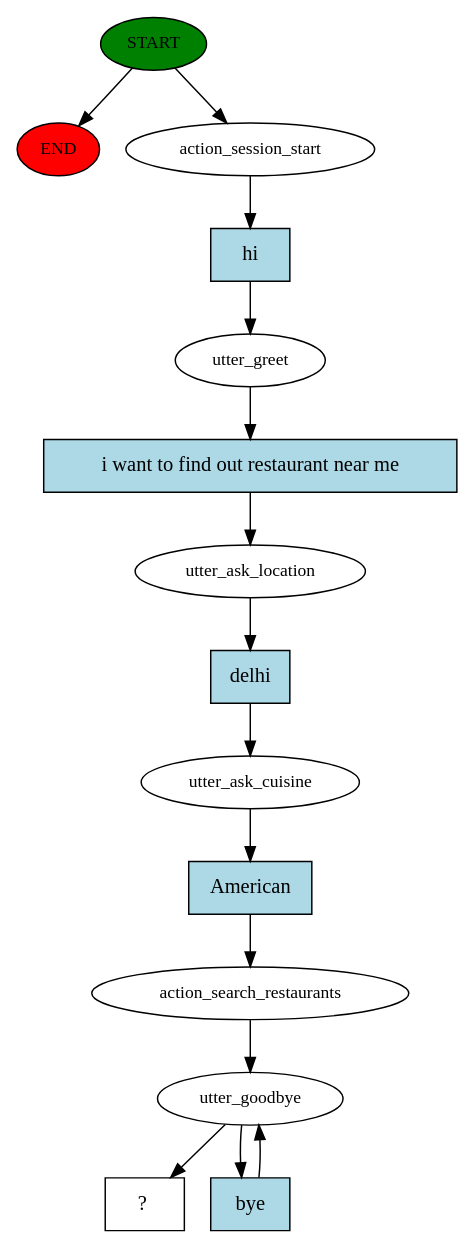
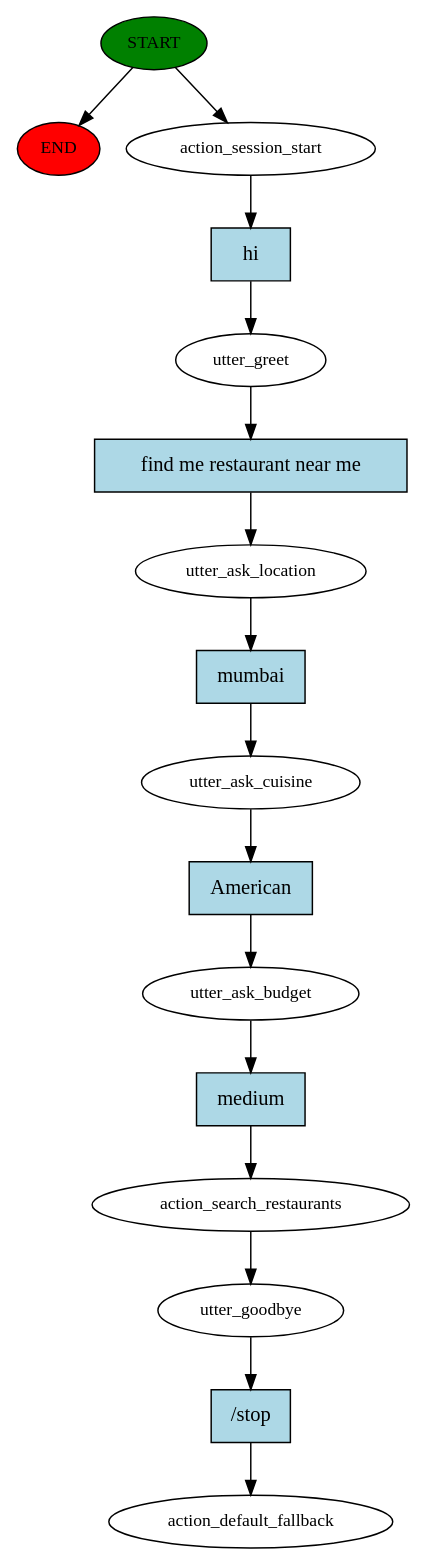
Before and after one commit to vijender412/Foodie_rasa_2.0: the diagram in story_graph.dot, drawn with Graphviz. The commit also changed 11 other files, not shown here.

```diff
--- a/story_graph.dot
+++ b/story_graph.dot
@@ -1,30 +1,33 @@
 digraph  {
 0 [class="start active", fillcolor=green, fontsize=12, label=START, style=filled];
 "-1" [class=end, fillcolor=red, fontsize=12, label=END, style=filled];
 1 [class=active, fontsize=12, label=action_session_start];
 2 [class=active, fontsize=12, label=utter_greet];
 3 [class=active, fontsize=12, label=utter_ask_location];
 4 [class=active, fontsize=12, label=utter_ask_cuisine];
-5 [class=active, fontsize=12, label=action_search_restaurants];
-6 [class=active, fontsize=12, label=utter_goodbye];
-8 [class="intent dashed active", label="  ?  ", shape=rect];
+5 [class=active, fontsize=12, label=utter_ask_budget];
+6 [class=active, fontsize=12, label=action_search_restaurants];
+7 [class=active, fontsize=12, label=utter_goodbye];
+8 [class="dashed active", fontsize=12, label=action_default_fallback];
 9 [class="intent active", fillcolor=lightblue, label=hi, shape=rect, style=filled];
-10 [class="intent active", fillcolor=lightblue, label="i want to find out restaurant near me", shape=rect, style=filled];
-11 [class="intent active", fillcolor=lightblue, label=delhi, shape=rect, style=filled];
+10 [class="intent active", fillcolor=lightblue, label="find me restaurant near me", shape=rect, style=filled];
+11 [class="intent active", fillcolor=lightblue, label=mumbai, shape=rect, style=filled];
 12 [class="intent active", fillcolor=lightblue, label=American, shape=rect, style=filled];
-13 [class="intent active", fillcolor=lightblue, label=bye, shape=rect, style=filled];
+13 [class="intent active", fillcolor=lightblue, label=medium, shape=rect, style=filled];
+14 [class="intent active", fillcolor=lightblue, label="/stop", shape=rect, style=filled];
 0 -> "-1"  [class="", key=NONE, label=""];
 0 -> 1  [class=active, key=NONE, label=""];
 1 -> 9  [class=active, key=0];
 2 -> 10  [class=active, key=0];
 3 -> 11  [class=active, key=0];
 4 -> 12  [class=active, key=0];
-5 -> 6  [class=active, key=NONE, label=""];
-6 -> 8  [class=active, key=NONE, label=""];
-6 -> 13  [class=active, key=0];
+5 -> 13  [class=active, key=0];
+6 -> 7  [class=active, key=NONE, label=""];
+7 -> 14  [class=active, key=0];
 9 -> 2  [class=active, key=0];
 10 -> 3  [class=active, key=0];
 11 -> 4  [class=active, key=0];
 12 -> 5  [class=active, key=0];
 13 -> 6  [class=active, key=0];
+14 -> 8  [class=active, key=0];
 }
```
